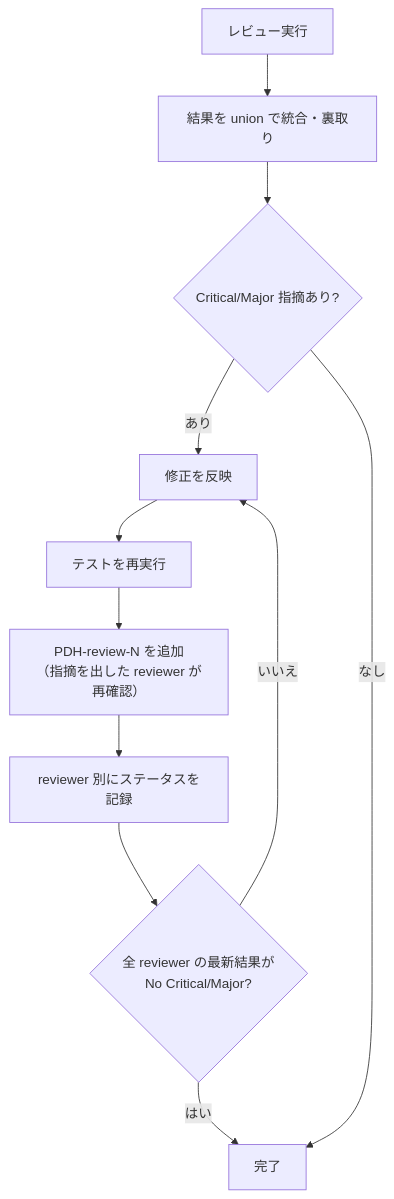
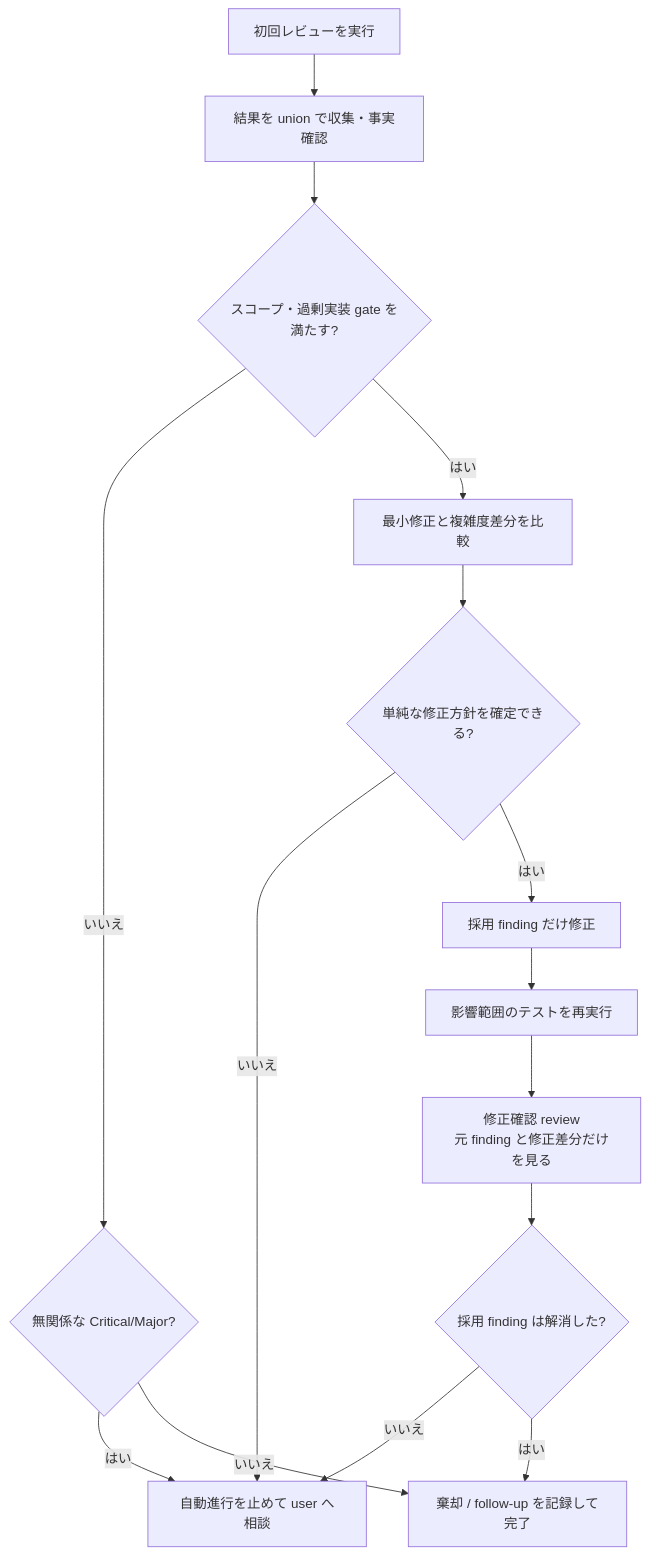
One commit to masuidrive/pdh changed the diagram in skills/pdh-dev/_review.md. Above: the diagram before and after it, drawn with Mermaid. The commit also changed other lines of this file and 7 other files, not shown here.

````diff
--- a/skills/pdh-dev/_review.md
+++ b/skills/pdh-dev/_review.md
@@ -7,13 +8,17 @@
 ```mermaid
 flowchart TD
-    RA["レビュー実行"] --> RB["結果を union で統合・裏取り"]
-    RB --> RC{"Critical/Major 指摘あり?"}
-    RC -- "あり" --> RD["修正を反映"]
-    RD --> RE["テストを再実行"]
-    RE --> RF["PDH-review-N を追加<br/>（指摘を出した reviewer が再確認）"]
-    RF --> RG["reviewer 別にステータスを記録"]
-    RG --> RH{"全 reviewer の最新結果が<br/>No Critical/Major?"}
-    RH -- "いいえ" --> RD
-    RH -- "はい" --> RI["完了"]
-    RC -- "なし" --> RI
+    RA["初回レビューを実行"] --> RB["結果を union で収集・事実確認"]
+    RB --> RC{"スコープ・過剰実装 gate を満たす?"}
+    RC -- "いいえ" --> RN{"無関係な Critical/Major?"}
+    RN -- "はい" --> RM["自動進行を止めて user へ相談"]
+    RN -- "いいえ" --> RI["棄却 / follow-up を記録して完了"]
+    RC -- "はい" --> RK["最小修正と複雑度差分を比較"]
+    RK --> RL{"単純な修正方針を確定できる?"}
+    RL -- "いいえ" --> RM
+    RL -- "はい" --> RD["採用 finding だけ修正"]
+    RD --> RE["影響範囲のテストを再実行"]
+    RE --> RF["修正確認 review<br/>元 finding と修正差分だけを見る"]
+    RF --> RH{"採用 finding は解消した?"}
+    RH -- "いいえ" --> RM
+    RH -- "はい" --> RI
 ```
````
